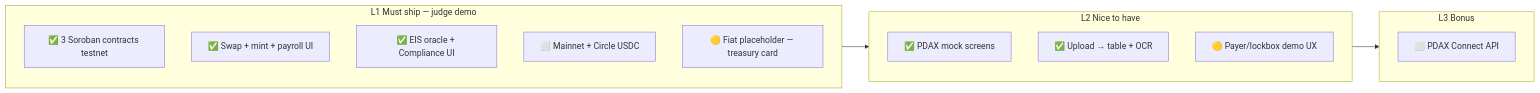
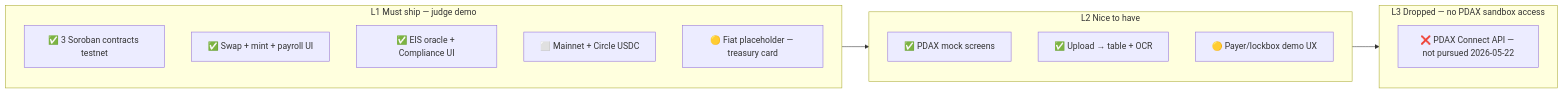
One commit to Axon-Enjin/axial changed the seventh of 8 diagrams in docs/flow.md. Above: the diagram before and after it, drawn with Mermaid. The commit also changed other lines of this file and 3 other files, not shown here.

````diff
--- a/docs/flow.md
+++ b/docs/flow.md
@@ -300,22 +300,22 @@
 ```mermaid
 flowchart LR
   subgraph L1 [L1 Must ship — judge demo]
     L1a["✅ 3 Soroban contracts testnet"]
     L1b["✅ Swap + mint + payroll UI"]
     L1c["✅ EIS oracle + Compliance UI"]
     L1d["⬜ Mainnet + Circle USDC"]
     L1e["🟡 Fiat placeholder — treasury card"]
   end
 
   subgraph L2 [L2 Nice to have]
     L2a["✅ PDAX mock screens"]
     L2b["✅ Upload → table + OCR"]
     L2c["🟡 Payer/lockbox demo UX"]
   end
 
-  subgraph L3 [L3 Bonus]
-    L3a["⬜ PDAX Connect API"]
+  subgraph L3 [L3 Dropped — no PDAX sandbox access]
+    L3a["❌ PDAX Connect API — not pursued 2026-05-22"]
   end
 
   L1 --> L2 --> L3
 ```
````
